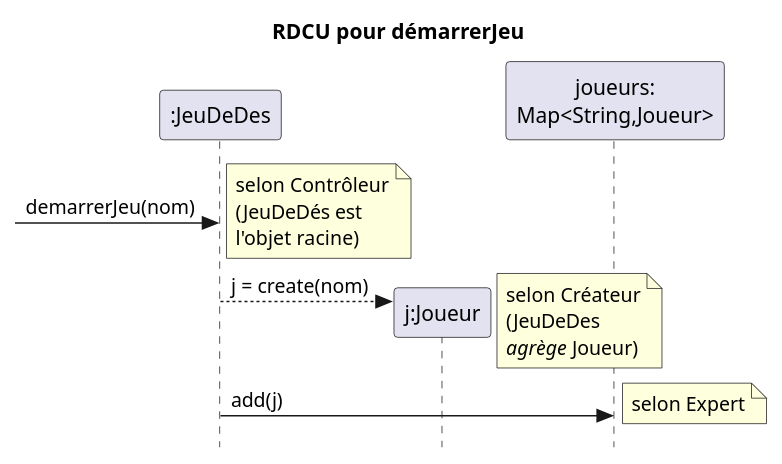
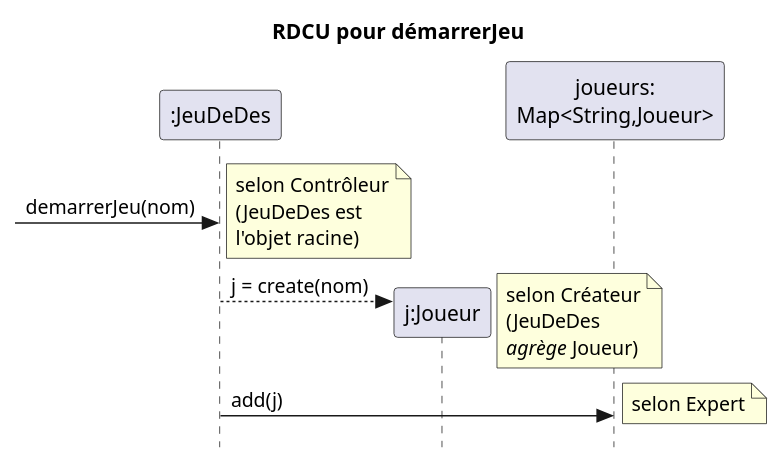
The diagram in docs/modeles/rdcu-demarrerJeu.puml (relhETSMTL/log210-enonce-lab0), drawn with PlantUML before and after one commit. The commit also changed 9 other files, not shown here.

```diff
--- a/docs/modeles/rdcu-demarrerJeu.puml
+++ b/docs/modeles/rdcu-demarrerJeu.puml
@@ -1,15 +1,15 @@
 @startuml
 skinparam style strictuml
 skinparam defaultfontname Verdana
 title RDCU pour démarrerJeu
 participant ":JeuDeDes" as c
 ->c : demarrerJeu(nom)
-note right : selon Contrôleur\n(JeuDeDés est\nl'objet racine)
+note right : selon Contrôleur\n(JeuDeDes est\nl'objet racine)
 participant "j:Joueur" as j
 create j
 participant "joueurs:\nMap<String,Joueur>" as jm
 c-->j : j = create(nom)
 note right : selon Créateur\n(JeuDeDes\n//agrège// Joueur)
 c -> jm : add(j)
 note right : selon Expert
 @enduml
```
